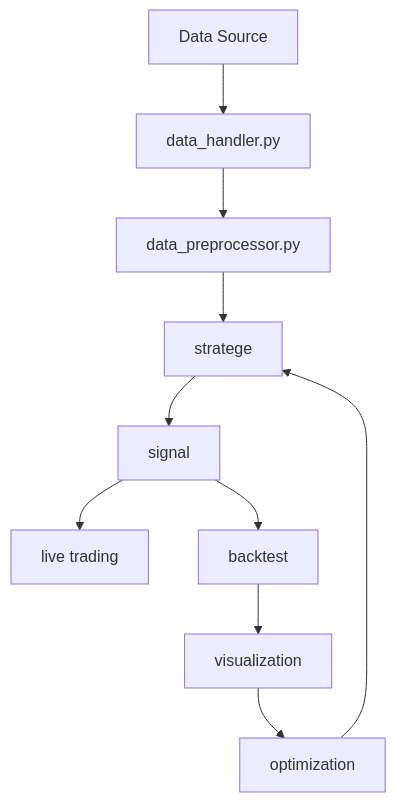
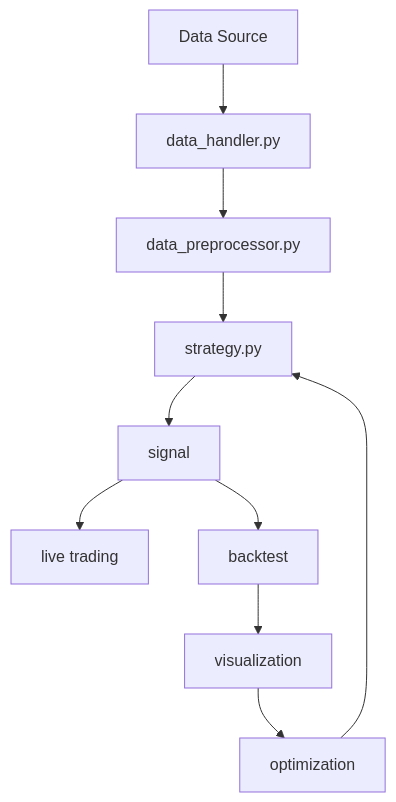
One commit to bagelquant/knightrade changed the diagram in docs/proposal.md. Above: the diagram before and after it, drawn with Mermaid. The commit also changed 2 other files, not shown here.

Commit message:
[0-completed]
- typo in `proposal.md`
- update IDEs in `.gitignore`
- toggle tasks in `version_log.md`

````diff
--- a/docs/proposal.md
+++ b/docs/proposal.md
@@ -20,12 +20,12 @@
 ```mermaid
 flowchart TD
     A[Data Source] --> B[data_handler.py]
     B --> C[data_preprocessor.py]
-    C --> D[stratege]
+    C --> D[strategy.py]
     D --> E[signal]
     E --> I[live trading]
     E --> F[backtest]
     F --> G[visualization]
     G --> H[optimization]
     H --> D
 ```
````
